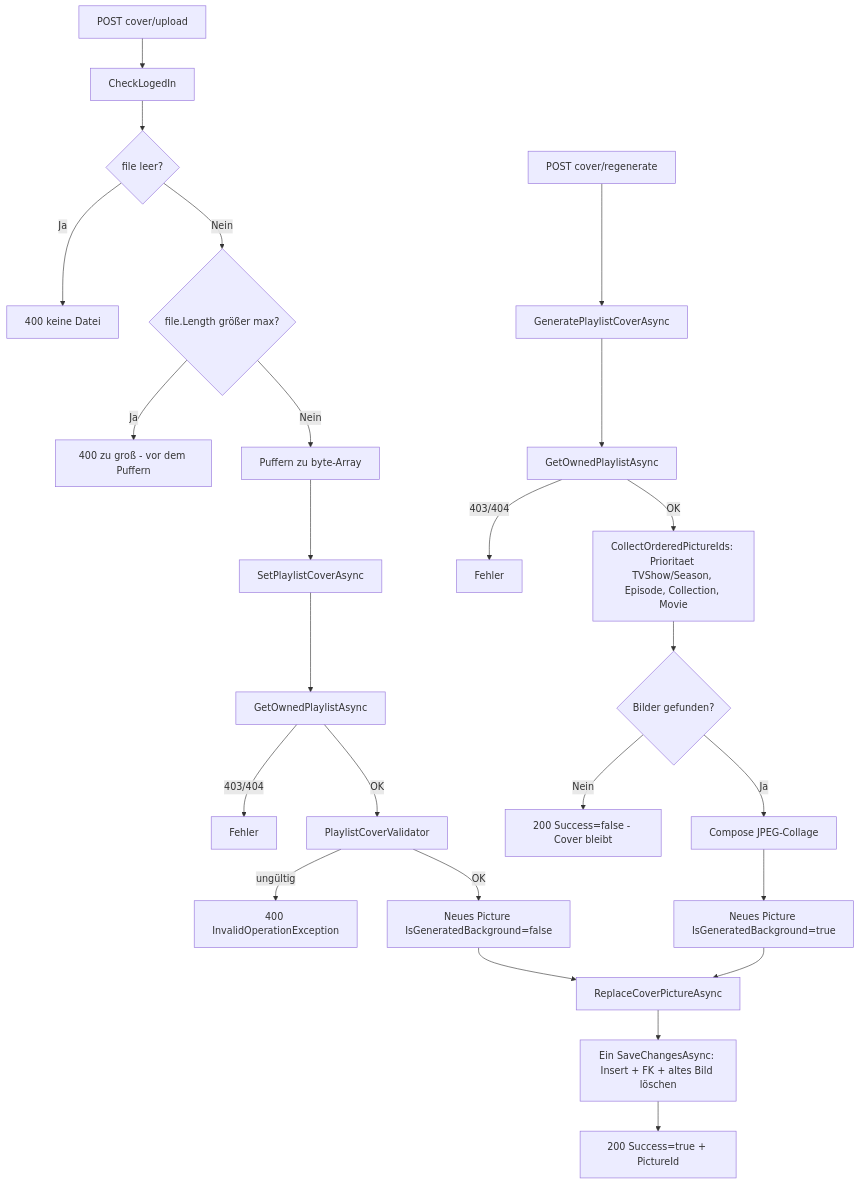
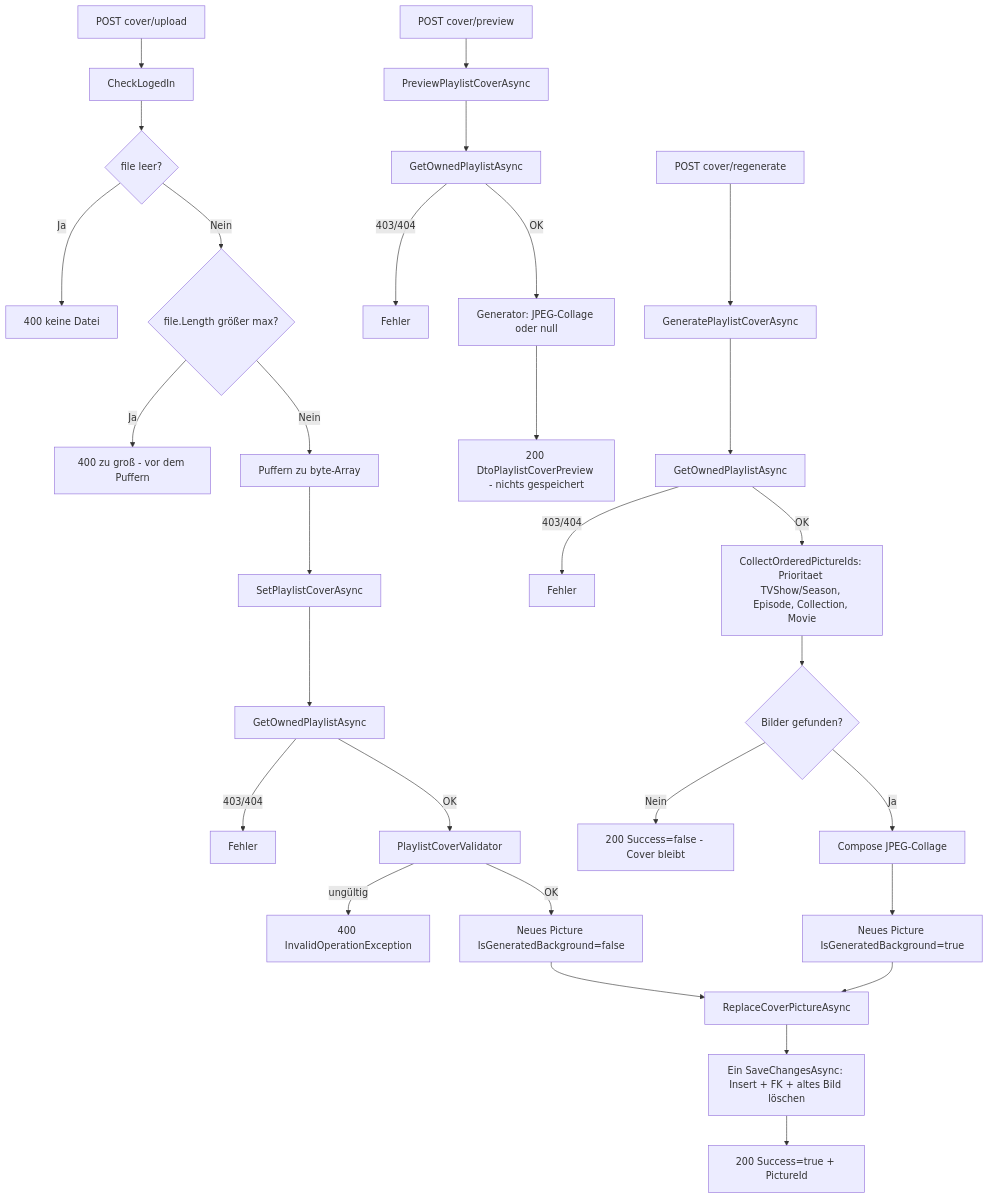
One commit to martin-stromberg/VideoPlayer changed the fifth of 5 diagrams in docs/help/playlists-ablauf-technisch.md. Above: the diagram before and after it, drawn with Mermaid. The commit also changed other lines of this file, not shown here.

````diff
--- a/docs/help/playlists-ablauf-technisch.md
+++ b/docs/help/playlists-ablauf-technisch.md
@@ -774,28 +778,34 @@
 ```mermaid
 flowchart TD
     A[POST cover/upload] --> B[CheckLogedIn]
     B --> C{file leer?}
     C -->|Ja| C1[400 keine Datei]
     C -->|Nein| D{file.Length größer max?}
     D -->|Ja| D1[400 zu groß - vor dem Puffern]
     D -->|Nein| E[Puffern zu byte-Array]
     E --> F[SetPlaylistCoverAsync]
     F --> G[GetOwnedPlaylistAsync]
     G -->|403/404| G1[Fehler]
     G -->|OK| H[PlaylistCoverValidator]
     H -->|ungültig| H1[400 InvalidOperationException]
     H -->|OK| I[Neues Picture IsGeneratedBackground=false]
     I --> J[ReplaceCoverPictureAsync]
 
+    V[POST cover/preview] --> W[PreviewPlaylistCoverAsync]
+    W --> G4[GetOwnedPlaylistAsync]
+    G4 -->|403/404| G5[Fehler]
+    G4 -->|OK| X[Generator: JPEG-Collage oder null]
+    X --> Y[200 DtoPlaylistCoverPreview - nichts gespeichert]
+
     K[POST cover/regenerate] --> L[GeneratePlaylistCoverAsync]
     L --> G2[GetOwnedPlaylistAsync]
     G2 -->|403/404| G3[Fehler]
     G2 -->|OK| M[CollectOrderedPictureIds: Prioritaet TVShow/Season, Episode, Collection, Movie]
     M --> N{Bilder gefunden?}
     N -->|Nein| N1[200 Success=false - Cover bleibt]
     N -->|Ja| O[Compose JPEG-Collage]
     O --> P[Neues Picture IsGeneratedBackground=true]
     P --> J
     J --> Q[Ein SaveChangesAsync: Insert + FK + altes Bild löschen]
     Q --> R[200 Success=true + PictureId]
 ```
````
